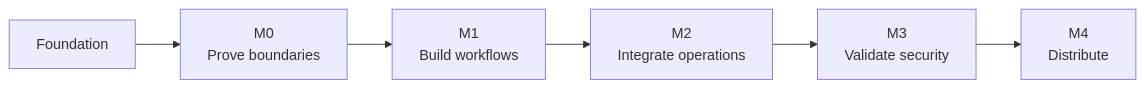
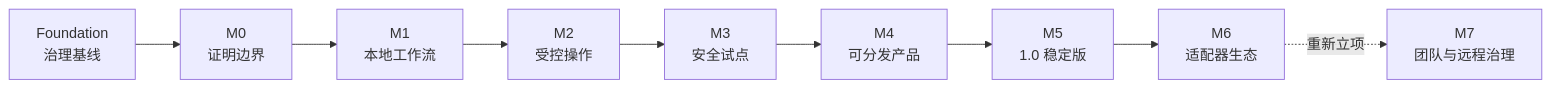
The diagram in ROADMAP.md (qq940500529/secretbridge), drawn with Mermaid before and after one commit. The commit also changed other lines of this file and 21 other files, not shown here.

````diff
--- a/ROADMAP.md
+++ b/ROADMAP.md
@@ -18,8 +46,8 @@
 ```mermaid
 flowchart LR
-    A["Foundation"] --> B["M0<br/>Prove boundaries"]
-    B --> C["M1<br/>Build workflows"]
-    C --> D["M2<br/>Integrate operations"]
-    D --> E["M3<br/>Validate security"]
-    E --> F["M4<br/>Distribute"]
+    F["Foundation<br/>治理基线"] --> M0["M0<br/>证明边界"]
+    M0 --> M1["M1<br/>本地工作流"] --> M2["M2<br/>受控操作"]
+    M2 --> M3["M3<br/>安全试点"] --> M4["M4<br/>可分发产品"]
+    M4 --> M5["M5<br/>1.0 稳定版"] --> M6["M6<br/>适配器生态"]
+    M6 -.重新立项.-> M7["M7<br/>团队与远程治理"]
 ```
````
